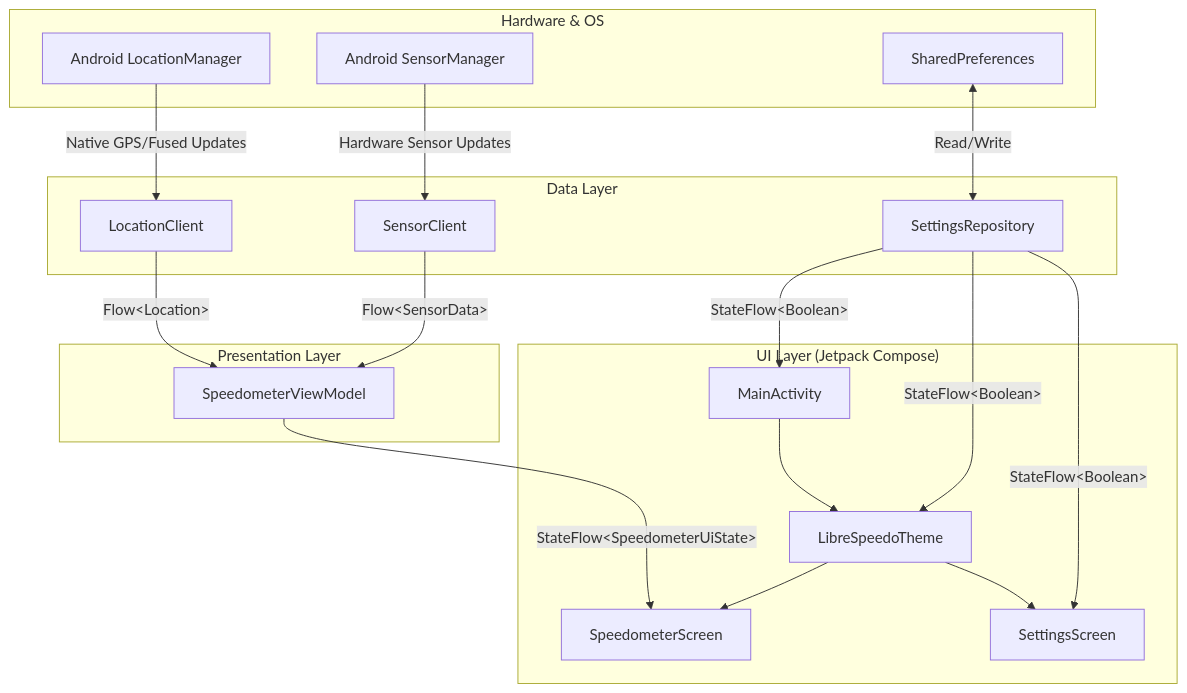
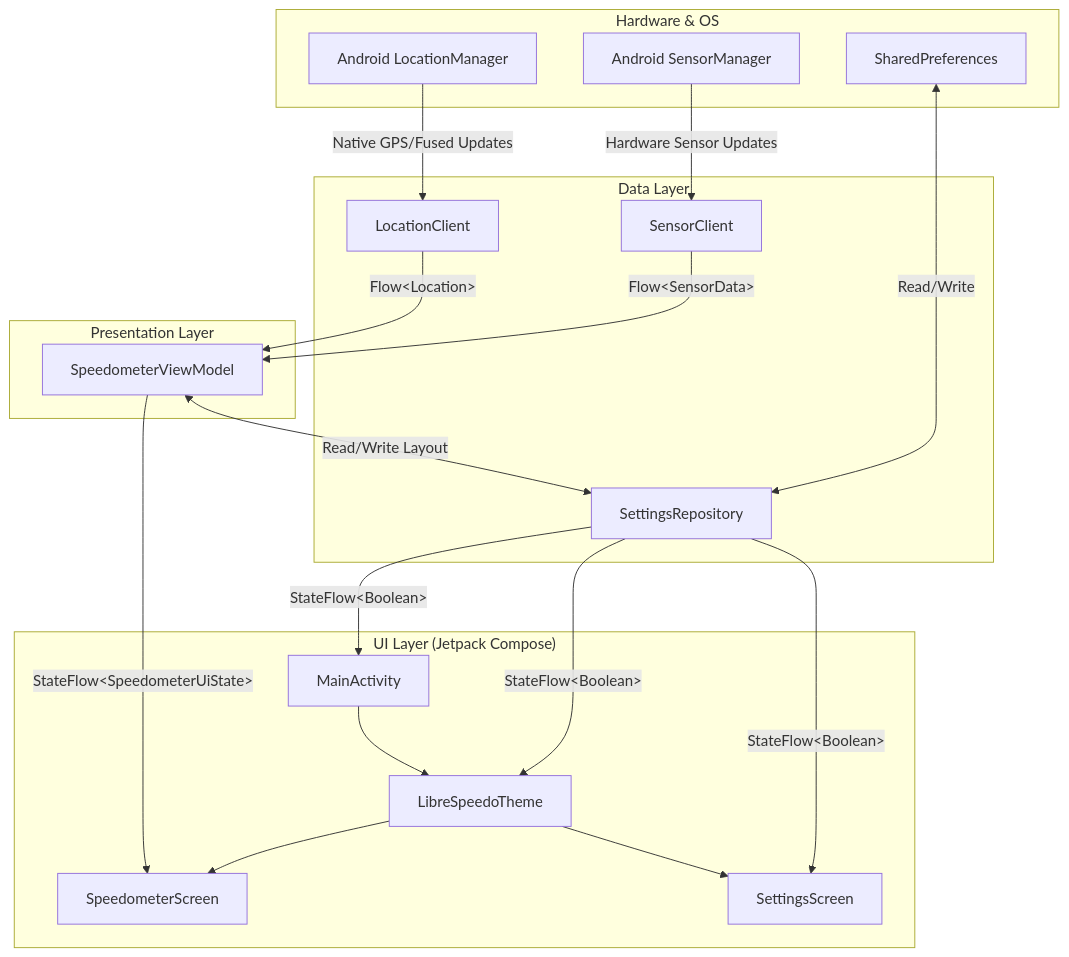
One commit to F1r3f0x/LibreSpeedo changed the diagram in docs/architecture.md. Above: the diagram before and after it, drawn with Mermaid. The commit also changed other lines of this file and 5 other files, not shown here.

````diff
--- a/docs/architecture.md
+++ b/docs/architecture.md
@@ -6,43 +6,44 @@
 ```mermaid
 graph TD
     subgraph "Hardware & OS"
         LM[Android LocationManager]
         SM[Android SensorManager]
         SP[SharedPreferences]
     end
 
     subgraph "Data Layer"
         LC[LocationClient]
         SC[SensorClient]
         SR[SettingsRepository]
     end
 
     subgraph "Presentation Layer"
         VM[SpeedometerViewModel]
     end
 
     subgraph "UI Layer (Jetpack Compose)"
         MA[MainActivity]
         Theme[LibreSpeedoTheme]
         SS[SpeedometerScreen]
         SetS[SettingsScreen]
     end
 
     %% Data Flow
     LM -->|Native GPS/Fused Updates| LC
     SM -->|Hardware Sensor Updates| SC
     LC -->|Flow&lt;Location&gt;| VM
     SC -->|Flow&lt;SensorData&gt;| VM
     VM -->|StateFlow&lt;SpeedometerUiState&gt;| SS
 
     %% Settings Flow
     SP <-->|Read/Write| SR
     SR -->|StateFlow&lt;Boolean&gt;| MA
     SR -->|StateFlow&lt;Boolean&gt;| Theme
     SR -->|StateFlow&lt;Boolean&gt;| SetS
+    VM <-->|Read/Write Layout| SR
 
     %% UI Hierarchy
     MA --> Theme
     Theme --> SS
     Theme --> SetS
 ```
````
